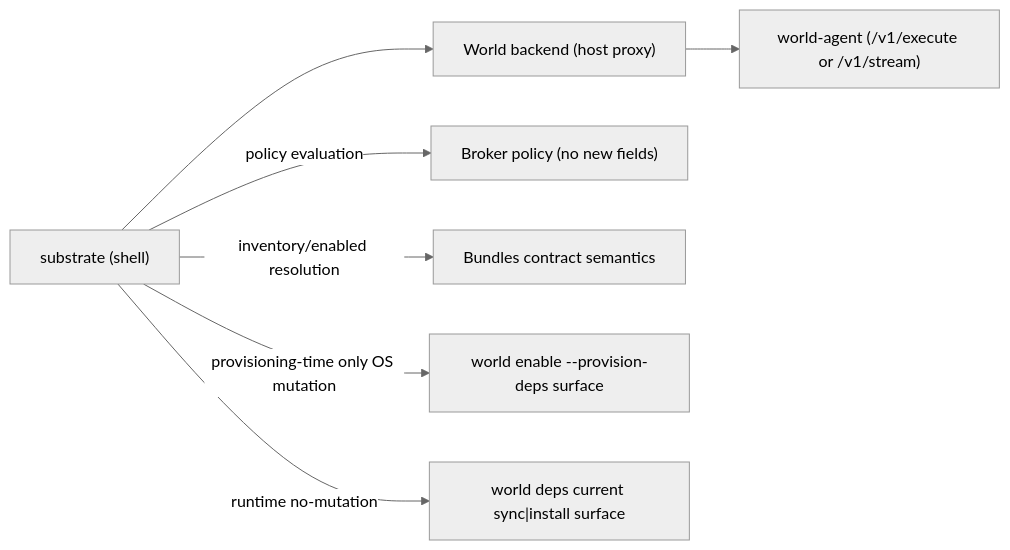
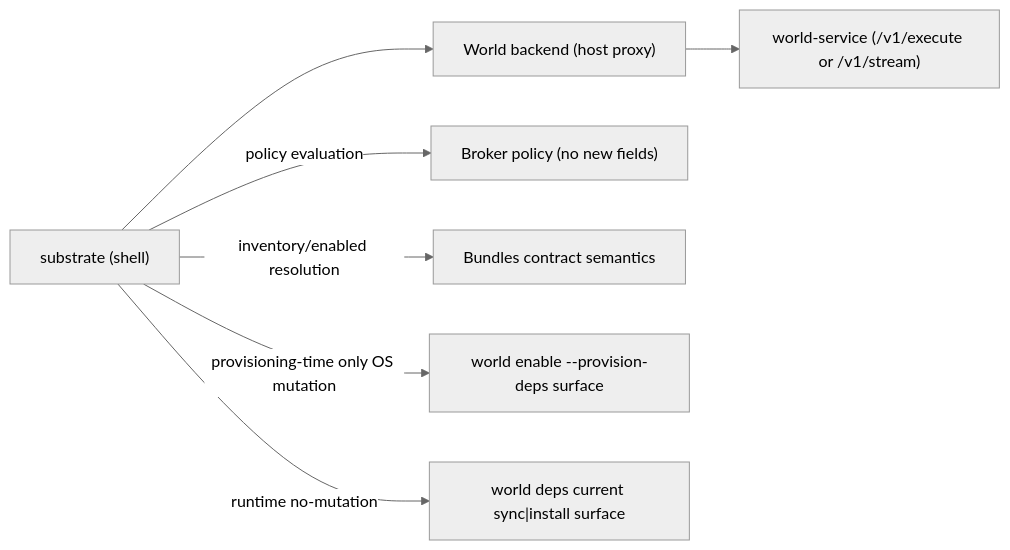
The second of 2 diagrams in docs/project_management/packs/implemented/add-non-apt-system-package-provisioning-support-fse/threaded-seams/seam-1-manager-aware-contract-surface/review.md (atomize-hq/substrate), drawn with Mermaid (neutral theme) before and after one commit. The commit also changed 590 other files, not shown here.

````diff
--- a/docs/project_management/packs/implemented/add-non-apt-system-package-provisioning-support-fse/threaded-seams/seam-1-manager-aware-contract-surface/review.md
+++ b/docs/project_management/packs/implemented/add-non-apt-system-package-provisioning-support-fse/threaded-seams/seam-1-manager-aware-contract-surface/review.md
@@ -36,10 +36,10 @@
 ```mermaid
 flowchart LR
   CLI["substrate (shell)"] --> WorldBackend["World backend (host proxy)"]
-  WorldBackend --> Agent["world-agent (/v1/execute or /v1/stream)"]
+  WorldBackend --> Agent["world-service (/v1/execute or /v1/stream)"]
   CLI -->|"policy evaluation"| Broker["Broker policy (no new fields)"]
 
   CLI -->|"inventory/enabled resolution"| BundlesContract["Bundles contract semantics"]
   CLI -->|"provisioning-time only OS mutation"| ProvisioningSurface["world enable --provision-deps surface"]
   CLI -->|"runtime no-mutation"| RuntimeSurface["world deps current sync|install surface"]
 ```
````
